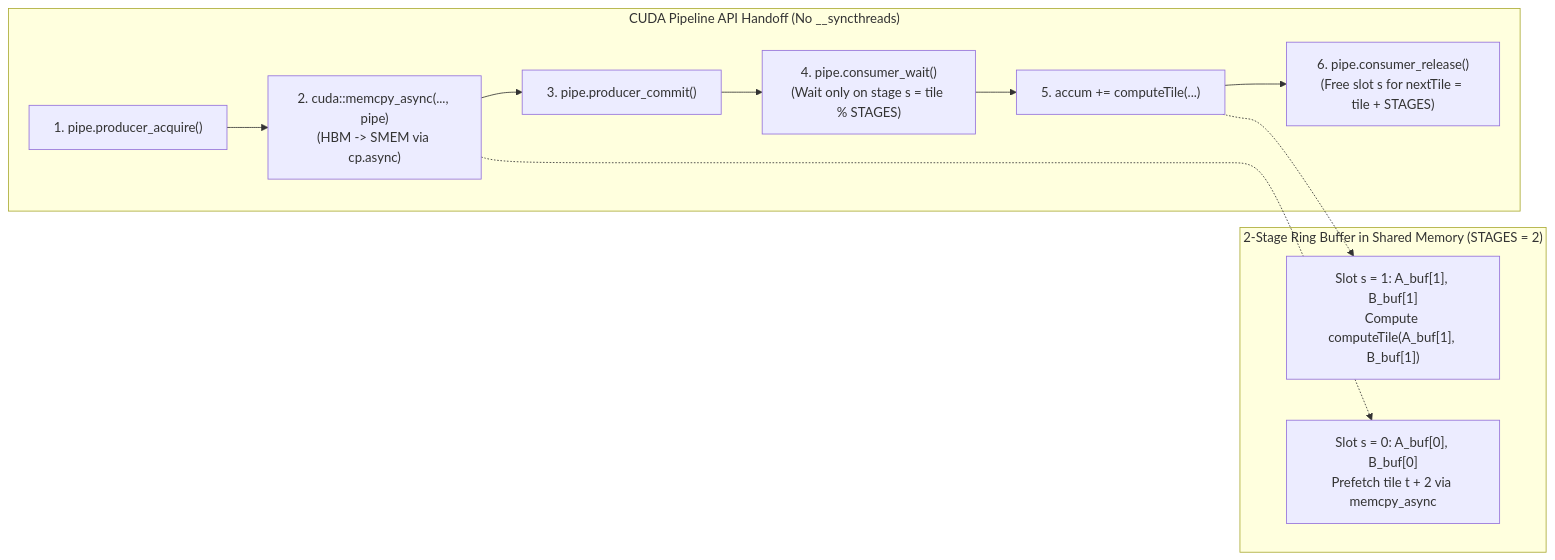
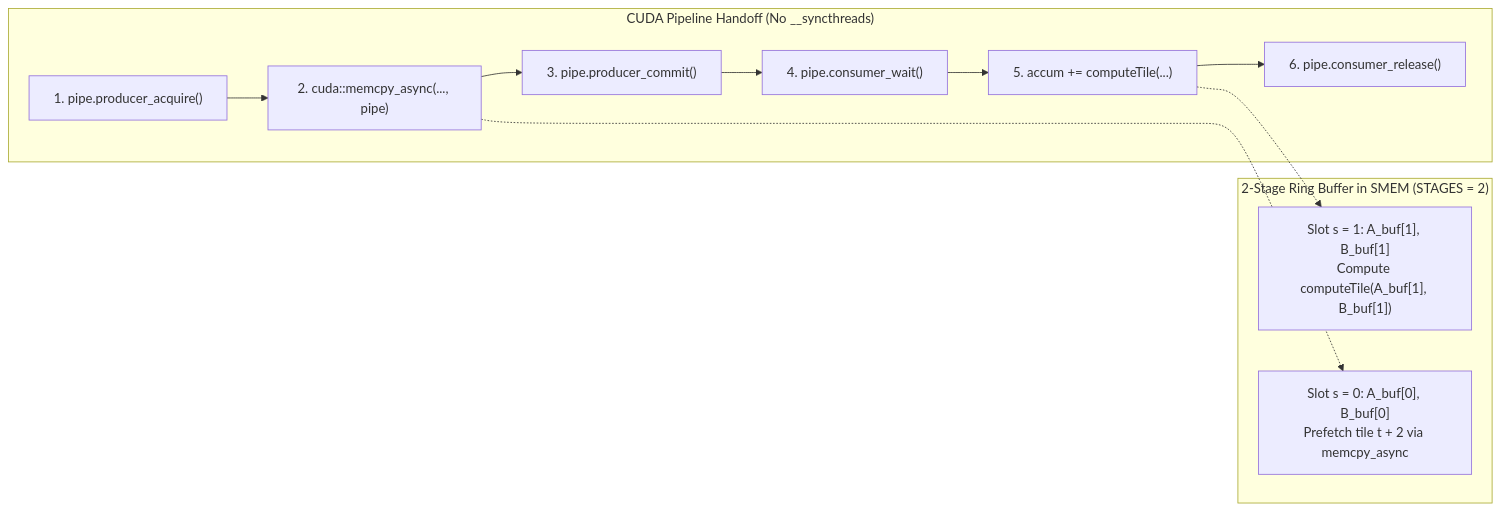
The first of 2 diagrams in docs/part-10-gpu-cuda/16-intra-kernel-pipelining-warp-specialization-and-thread-block-clusters.md (jithinpnjm/ai-infra-handbook), drawn with Mermaid before and after one commit. The commit also changed other lines of this file and 503 other files, not shown here.

````diff
--- a/docs/part-10-gpu-cuda/16-intra-kernel-pipelining-warp-specialization-and-thread-block-clusters.md
+++ b/docs/part-10-gpu-cuda/16-intra-kernel-pipelining-warp-specialization-and-thread-block-clusters.md
@@ -74,18 +73,18 @@
 ```mermaid
 flowchart LR
-    subgraph Ring["2-Stage Ring Buffer in Shared Memory (STAGES = 2)"]
+    subgraph Ring["2-Stage Ring Buffer in SMEM (STAGES = 2)"]
       S0["Slot s = 0: A_buf[0], B_buf[0]\nPrefetch tile t + 2 via memcpy_async"]
       S1["Slot s = 1: A_buf[1], B_buf[1]\nCompute computeTile(A_buf[1], B_buf[1])"]
     end
-    subgraph API["CUDA Pipeline API Handoff (No __syncthreads)"]
+    subgraph API["CUDA Pipeline Handoff (No __syncthreads)"]
       P1["1. pipe.producer_acquire()"]
-      P2["2. cuda::memcpy_async(..., pipe)\n(HBM -> SMEM via cp.async)"]
+      P2["2. cuda::memcpy_async(..., pipe)"]
       P3["3. pipe.producer_commit()"]
-      C1["4. pipe.consumer_wait()\n(Wait only on stage s = tile % STAGES)"]
+      C1["4. pipe.consumer_wait()"]
       C2["5. accum += computeTile(...)"]
-      C3["6. pipe.consumer_release()\n(Free slot s for nextTile = tile + STAGES)"]
+      C3["6. pipe.consumer_release()"]
     end
     P1 --> P2 --> P3 --> C1 --> C2 --> C3
     P2 -.-> S0
     C2 -.-> S1
 ```
````
